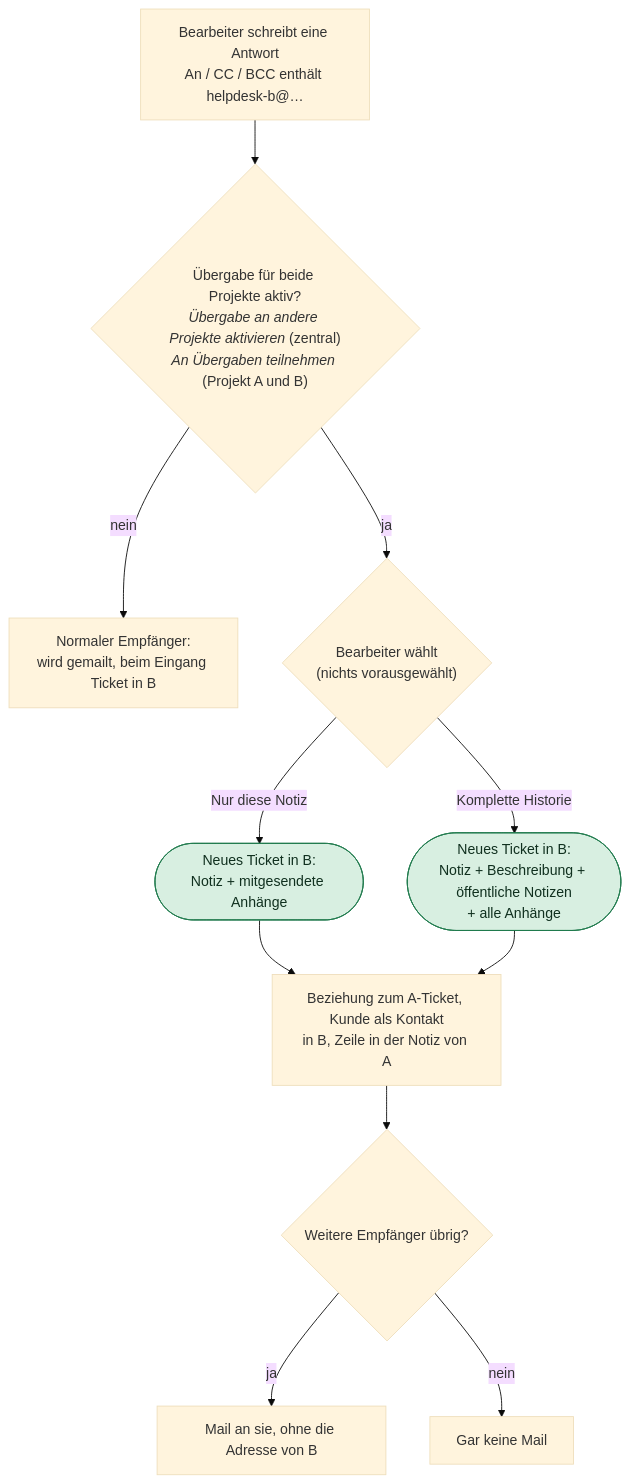
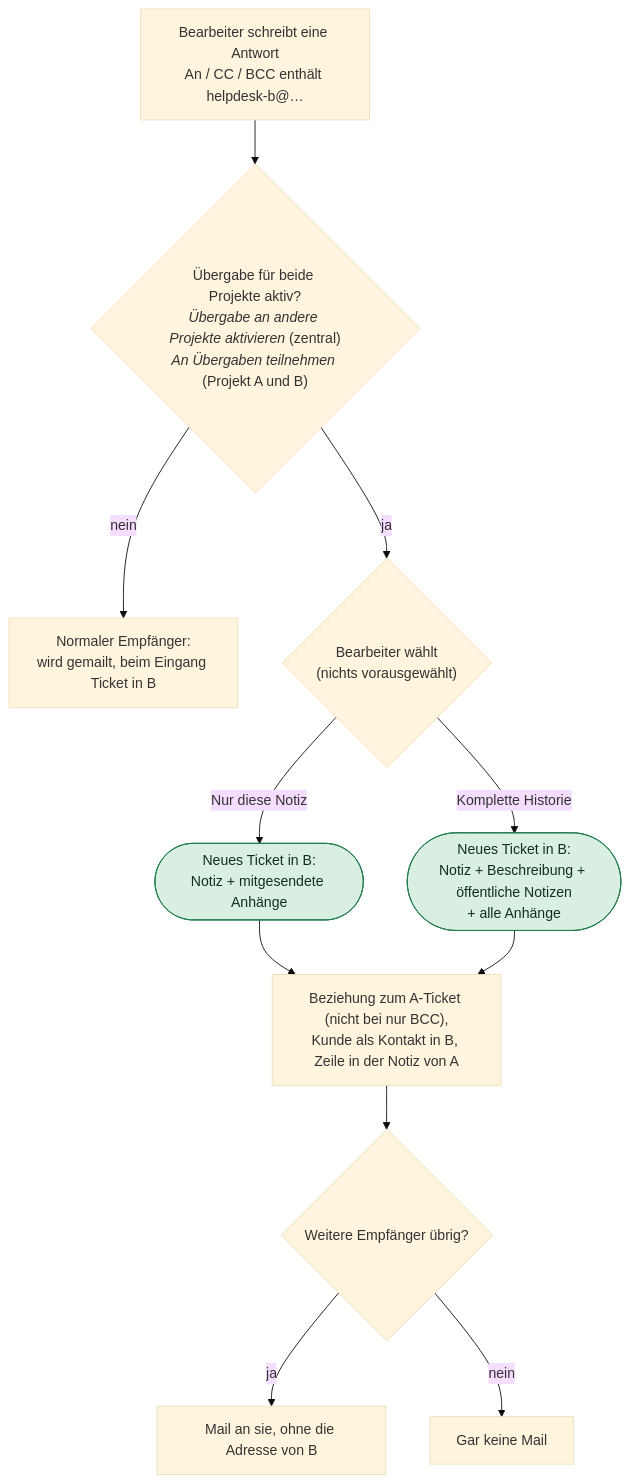
Before and after one commit to expertZentrale/redmine_expert_helpdesk: the tenth of 11 diagrams in EMAIL_FLOW.de.md, drawn with Mermaid (base theme). The commit also changed other lines of this file and 16 other files, not shown here.

````diff
--- a/EMAIL_FLOW.de.md
+++ b/EMAIL_FLOW.de.md
@@ -321,14 +321,14 @@
 ```mermaid
 flowchart TD
   R["Bearbeiter schreibt eine Antwort<br/>An / CC / BCC enthält helpdesk-b@…"] --> E{"Übergabe für beide Projekte aktiv?<br/><i>Übergabe an andere Projekte aktivieren</i> (zentral)<br/><i>An Übergaben teilnehmen</i> (Projekt A und B)"}
   E -- nein --> MAIL["Normaler Empfänger:<br/>wird gemailt, beim Eingang Ticket in B"]
   E -- ja --> ASK{"Bearbeiter wählt<br/>(nichts vorausgewählt)"}
   ASK -- "Nur diese Notiz" --> N1(["Neues Ticket in B:<br/>Notiz + mitgesendete Anhänge"]):::new
   ASK -- "Komplette Historie" --> N2(["Neues Ticket in B:<br/>Notiz + Beschreibung + öffentliche Notizen<br/>+ alle Anhänge"]):::new
-  N1 --> LINK["Beziehung zum A-Ticket, Kunde als Kontakt<br/>in B, Zeile in der Notiz von A"]
+  N1 --> LINK["Beziehung zum A-Ticket (nicht bei nur BCC),<br/>Kunde als Kontakt in B, Zeile in der Notiz von A"]
   N2 --> LINK
   LINK --> REST{"Weitere Empfänger übrig?"}
   REST -- ja --> SEND["Mail an sie, ohne die Adresse von B"]
   REST -- nein --> DONE["Gar keine Mail"]
   classDef new fill:#d8efe1,stroke:#1f7a4d,color:#10301f
 ```
````
